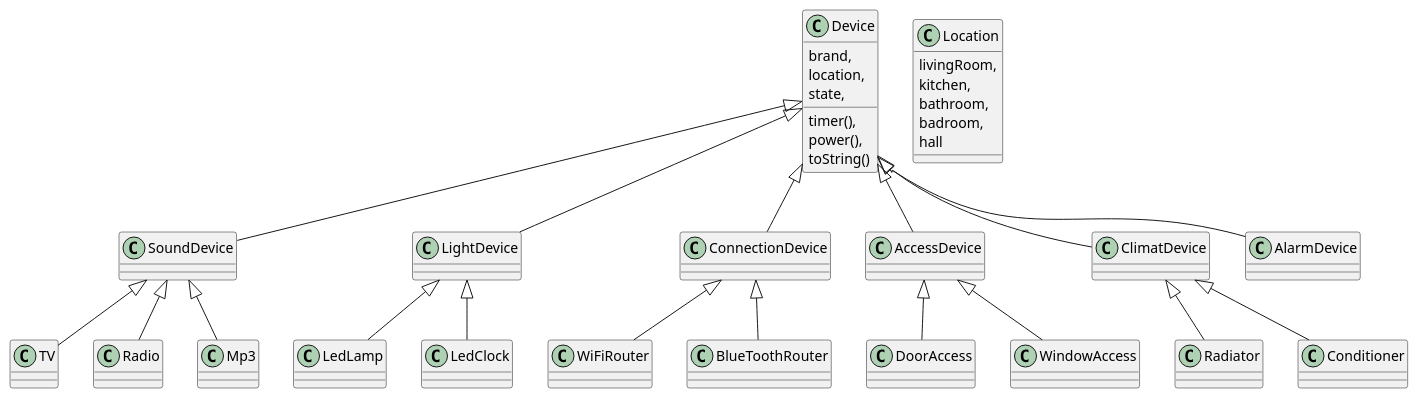
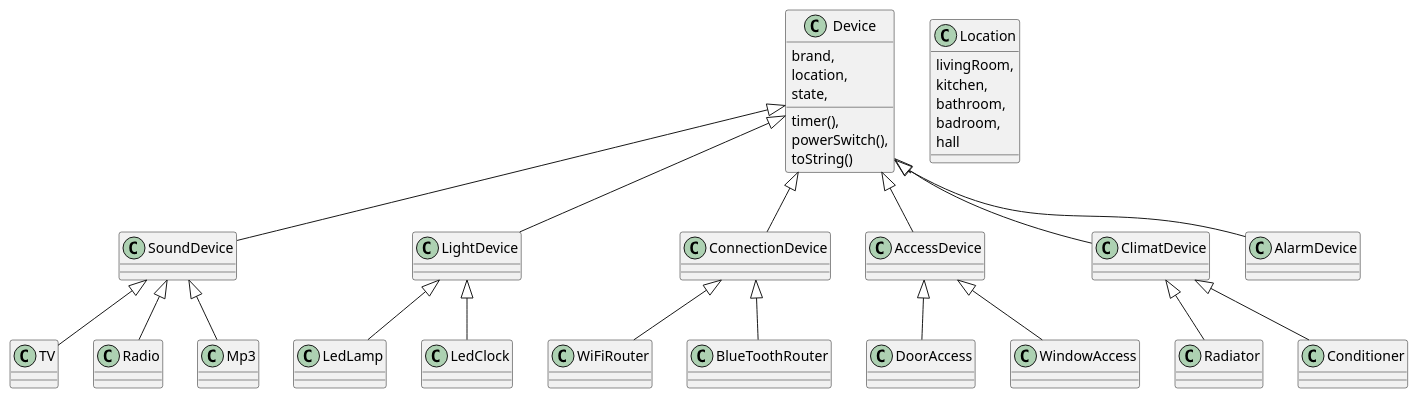
The diagram in ClassDiagramm.wsd (SalischevAV/SmartHomeJs2009), drawn with PlantUML before and after one commit. The commit also changed 1 other file, not shown here.

```diff
--- a/ClassDiagramm.wsd
+++ b/ClassDiagramm.wsd
@@ -1,43 +1,43 @@
 @startuml smartHome
 class Device{
     brand,
     location,
     state,
     timer(),
-    power(),
+    powerSwitch(),
     toString()
 }
 
 
 Device <|-- SoundDevice
 Device <|-- LightDevice
 Device <|-- ConnectionDevice
 Device <|-- AccessDevice
 Device <|-- ClimatDevice
 Device <|-- AlarmDevice
 
 SoundDevice <|-- TV
 SoundDevice <|-- Radio
 SoundDevice <|-- Mp3
 
 LightDevice <|-- LedLamp
 LightDevice <|-- LedClock
 
 ConnectionDevice <|-- WiFiRouter
 ConnectionDevice <|-- BlueToothRouter
 
 AccessDevice <|-- DoorAccess
 AccessDevice <|-- WindowAccess
 
 ClimatDevice <|-- Radiator
 ClimatDevice <|-- Conditioner
 
 class Location{
     livingRoom,
     kitchen,
     bathroom,
     badroom,
     hall
 }
 
 @enduml
```
